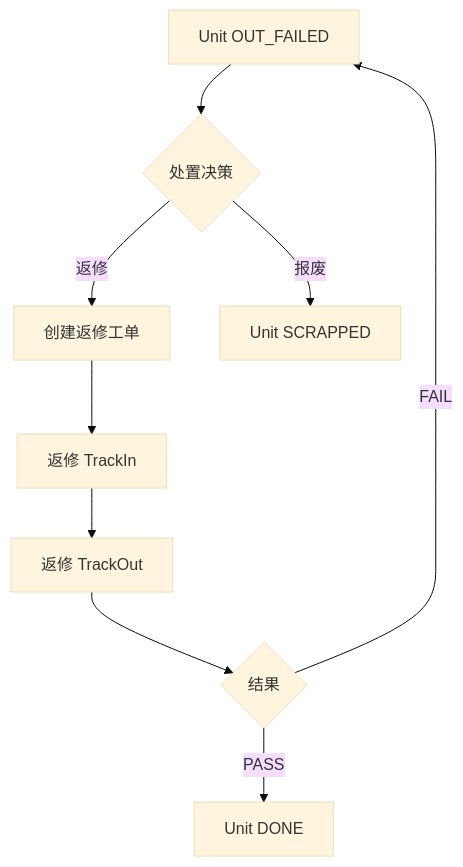
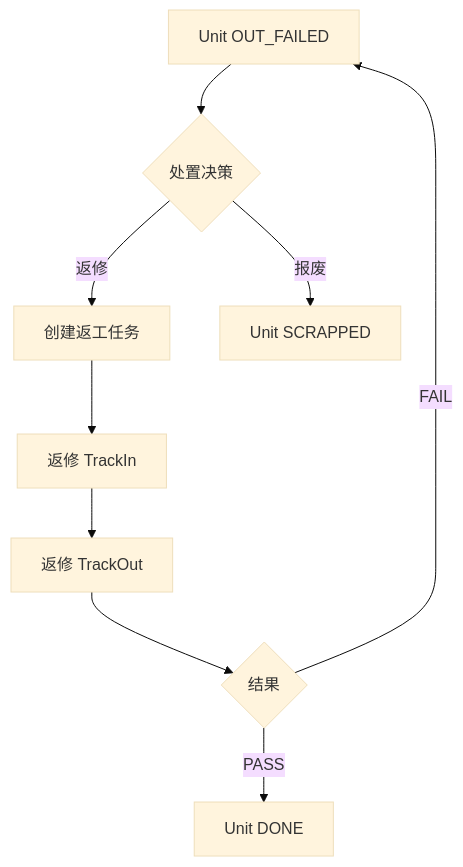
The fourth of 4 diagrams in domain_docs/mes/smt_playbook/03_run_flow/07_exception_and_recovery.md (catoncat/better), drawn with Mermaid (base theme) before and after one commit. The commit also changed 6 other files, not shown here.

````diff
--- a/domain_docs/mes/smt_playbook/03_run_flow/07_exception_and_recovery.md
+++ b/domain_docs/mes/smt_playbook/03_run_flow/07_exception_and_recovery.md
@@ -202,11 +202,11 @@
 ```mermaid
 flowchart TD
     A[Unit OUT_FAILED] --> B{处置决策}
-    B -->|返修| C[创建返修工单]
+    B -->|返修| C[创建返工任务]
     C --> D[返修 TrackIn]
     D --> E[返修 TrackOut]
     E --> F{结果}
     F -->|PASS| G[Unit DONE]
     F -->|FAIL| A
     B -->|报废| H[Unit SCRAPPED]
 ```
````
